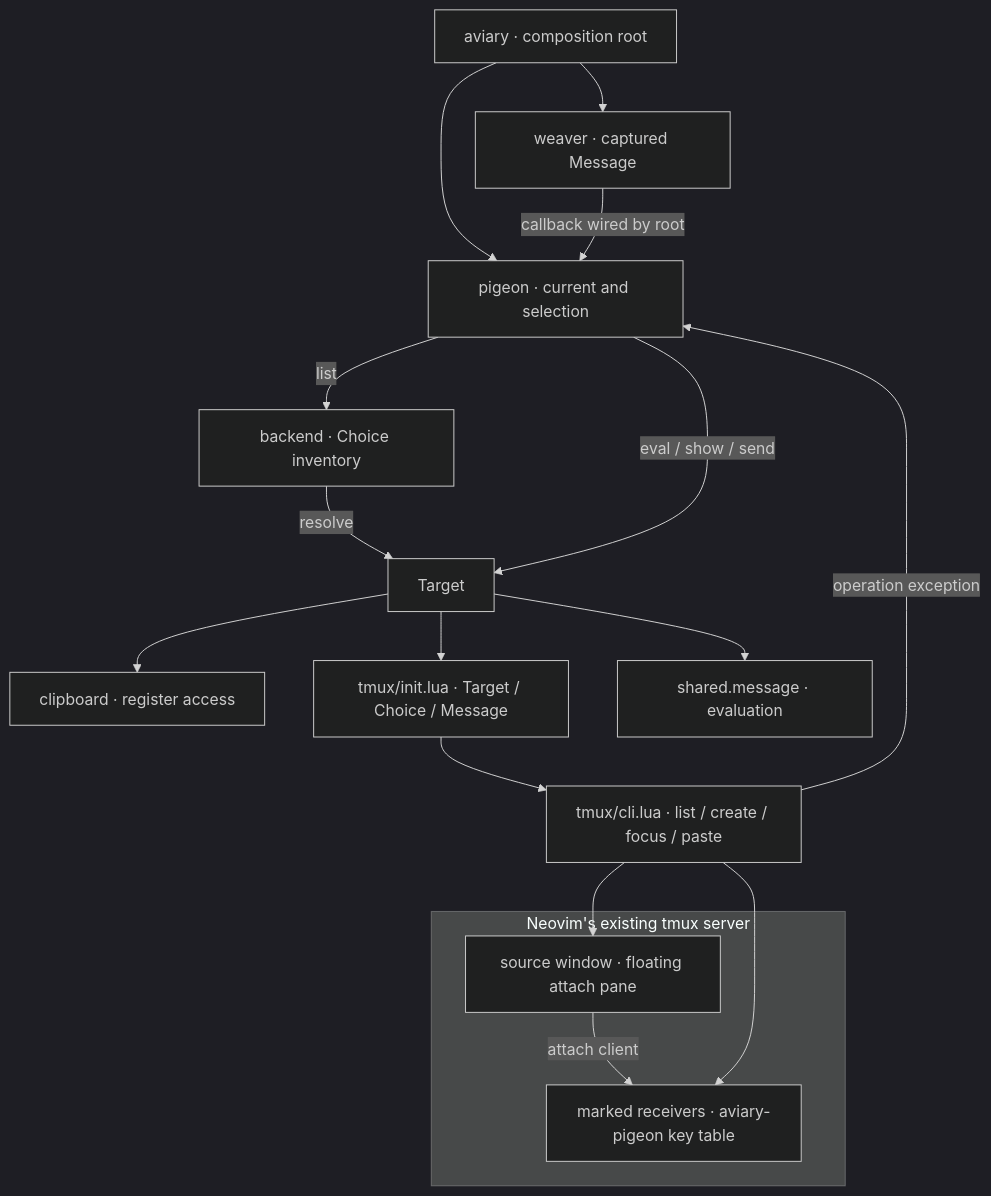
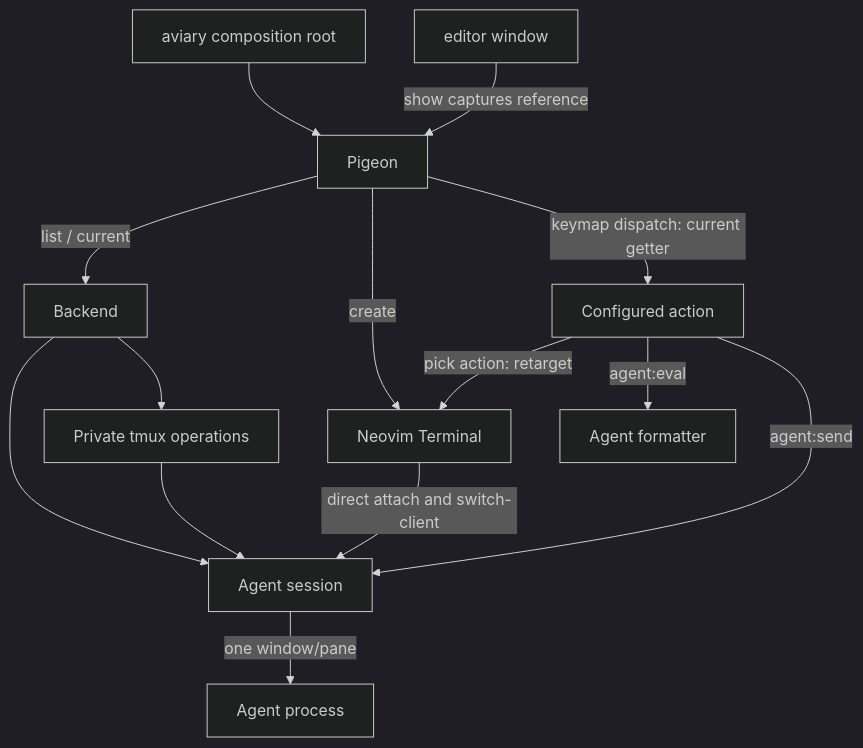
The diagram in docs/pigeon/architecture.md (ZachVec/aviary.nvim), drawn with Mermaid (dark theme) before and after one commit. The commit also changed other lines of this file and 60 other files, not shown here.

First line of the commit message:
refactor(pigeon): persistent Agent sessions with client-driven actions

````diff
--- a/docs/pigeon/architecture.md
+++ b/docs/pigeon/architecture.md
@@ -3,21 +3,16 @@
 ```mermaid
 flowchart TD
-  Root["aviary · composition root"] --> Weaver["weaver · captured Message"]
-  Root --> P["pigeon · current and selection"]
-  Weaver -->|"callback wired by root"| P
-  P -->|list| B["backend · Choice inventory"]
-  B -->|resolve| T["Target"]
-  P -->|eval / show / send| T
-  T --> C["clipboard · register access"]
-  T --> TM["tmux/init.lua · Target / Choice / Message"]
-  TM --> CLI["tmux/cli.lua · list / create / focus / paste"]
-  subgraph Host["Neovim's existing tmux server"]
-    Receivers["marked receivers · aviary-pigeon key table"]
-    Views["source window · floating attach pane"]
-    Views -->|attach client| Receivers
-  end
-  CLI --> Receivers
-  CLI --> Views
-  T --> M["shared.message · evaluation"]
-  CLI -->|operation exception| P
+  Root[aviary composition root] --> P[Pigeon]
+  Editor[editor window] -->|show captures reference| P
+  P -->|list / current| B[Backend]
+  P -->|create| T[Neovim Terminal]
+  P -->|keymap dispatch: current getter| Act[Configured action]
+  Act -->|pick action: retarget| T
+  Act -->|agent:eval| F[Agent formatter]
+  Act -->|agent:send| S
+  T -->|direct attach and switch-client| S[Agent session]
+  B --> S
+  B --> C[Private tmux operations]
+  C --> S
+  S -->|one window/pane| A[Agent process]
 ```
````
